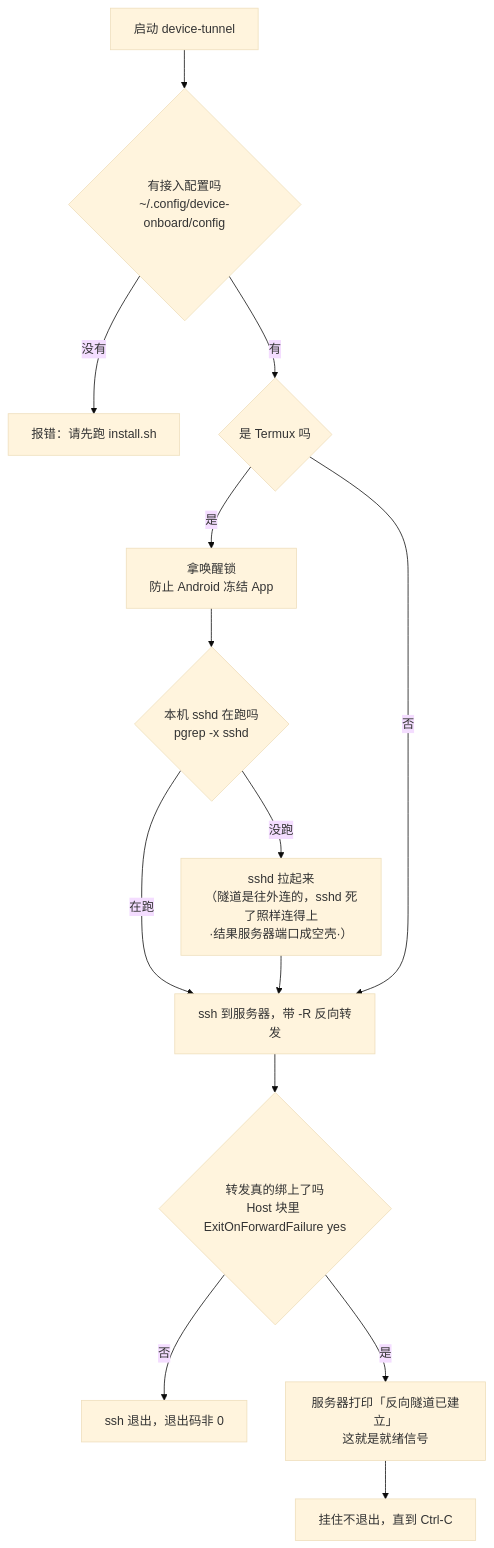
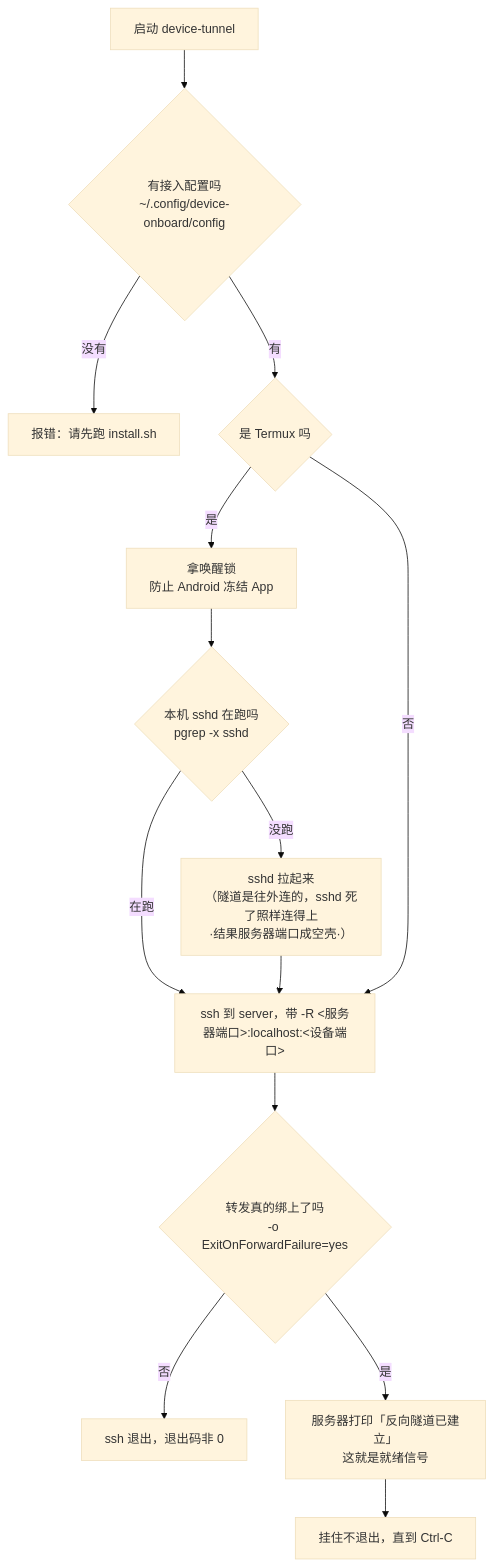
The third of 4 diagrams in docs/flow.md (MuRain37/device-onboard), drawn with Mermaid (base theme) before and after one commit. The commit also changed other lines of this file and 7 other files, not shown here.

First line of the commit message:
别名收敛：服务器入口叫 server，反向隧道不再占 Host，补 --repair 迁移口

````diff
--- a/docs/flow.md
+++ b/docs/flow.md
@@ -102,16 +126,16 @@
 ```mermaid
 flowchart TD
     A["启动 device-tunnel"] --> B{"有接入配置吗<br/>~/.config/device-onboard/config"}
     B -- 没有 --> B1["报错：请先跑 install.sh"]
     B -- 有 --> C{"是 Termux 吗"}
     C -- 是 --> C1["拿唤醒锁<br/>防止 Android 冻结 App"]
     C1 --> C2{"本机 sshd 在跑吗<br/>pgrep -x sshd"}
     C2 -- 没跑 --> C3["sshd 拉起来<br/>（隧道是往外连的，sshd 死了照样连得上<br/>·结果服务器端口成空壳·）"]
     C2 -- 在跑 --> D
     C3 --> D
-    C -- 否 --> D["ssh 到服务器，带 -R 反向转发"]
-    D --> E{"转发真的绑上了吗<br/>Host 块里 ExitOnForwardFailure yes"}
+    C -- 否 --> D["ssh 到 server，带 -R <服务器端口>:localhost:<设备端口>"]
+    D --> E{"转发真的绑上了吗<br/>-o ExitOnForwardFailure=yes"}
     E -- 否 --> E1["ssh 退出，退出码非 0"]
     E -- 是 --> F["服务器打印「反向隧道已建立」<br/>这就是就绪信号"]
     F --> G["挂住不退出，直到 Ctrl-C"]
 ```
````
